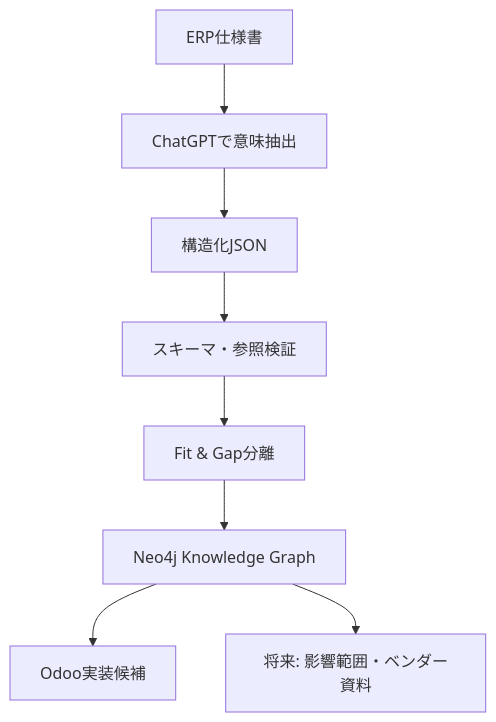
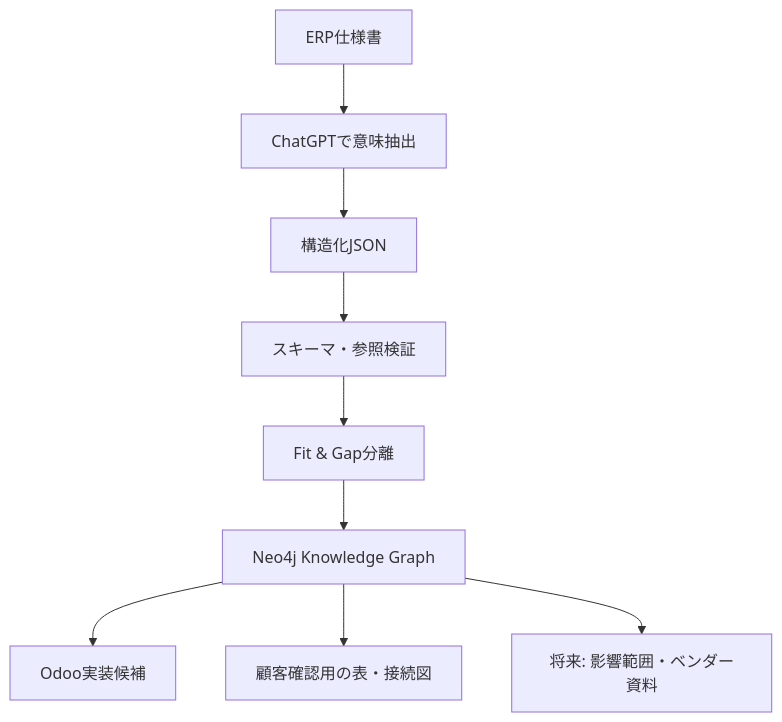
The diagram in showcase/README.md (raqqa-owener/odoo-fg-factory), drawn with Mermaid before and after one commit. The commit also changed other lines of this file and 3 other files, not shown here.

````diff
--- a/showcase/README.md
+++ b/showcase/README.md
@@ -13,10 +14,11 @@
 ```mermaid
 flowchart TD
     A["ERP仕様書"] --> B["ChatGPTで意味抽出"]
     B --> C["構造化JSON"]
     C --> D["スキーマ・参照検証"]
     D --> E["Fit & Gap分離"]
     E --> F["Neo4j Knowledge Graph"]
     F --> G["Odoo実装候補"]
+    F --> I["顧客確認用の表・接続図"]
     F --> H["将来: 影響範囲・ベンダー資料"]
 ```
````
